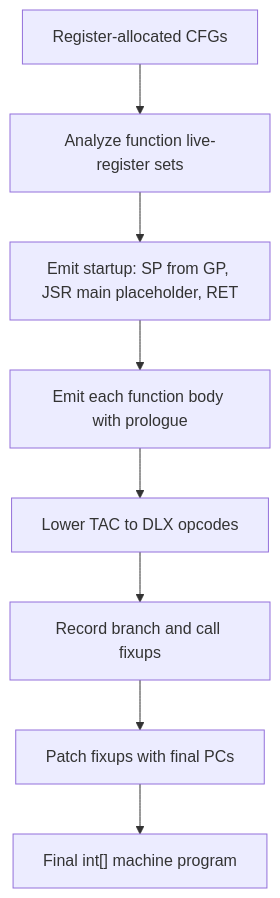
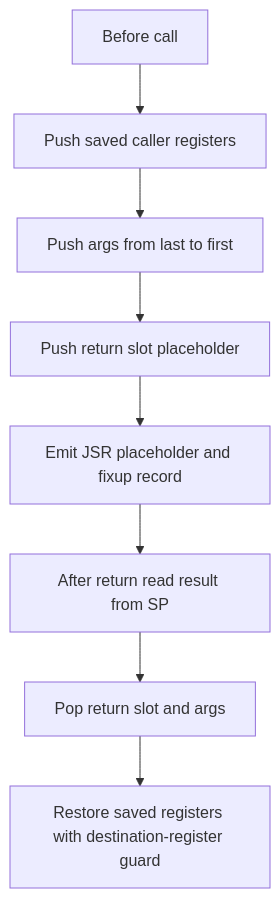
One commit to NitishM2022/MochaCompiler changed the second of 3 diagrams in docs/architecture/code-generation.md. Above: the diagram before and after it, drawn with Mermaid. The commit also changed other lines of this file and 5 other files, not shown here.

Commit message:
docs: deepen compiler internals and streamline architecture docs

````diff
--- a/docs/architecture/code-generation.md
+++ b/docs/architecture/code-generation.md
@@ -9,10 +64,10 @@
 ```mermaid
 flowchart TD
-    A["Register-allocated CFGs"] --> B["Analyze function live-register sets"]
-    B --> C["Emit startup: SP from GP, JSR main placeholder, RET"]
-    C --> D["Emit each function body with prologue"]
-    D --> E["Lower TAC to DLX opcodes"]
-    E --> F["Record branch and call fixups"]
-    F --> G["Patch fixups with final PCs"]
-    G --> H["Final int[] machine program"]
+    A["Before call"] --> B["Push saved caller registers"]
+    B --> C["Push args from last to first"]
+    C --> D["Push return slot placeholder"]
+    D --> E["Emit JSR placeholder and fixup record"]
+    E --> F["After return read result from SP"]
+    F --> G["Pop return slot and args"]
+    G --> H["Restore saved registers with destination-register guard"]
 ```
````
